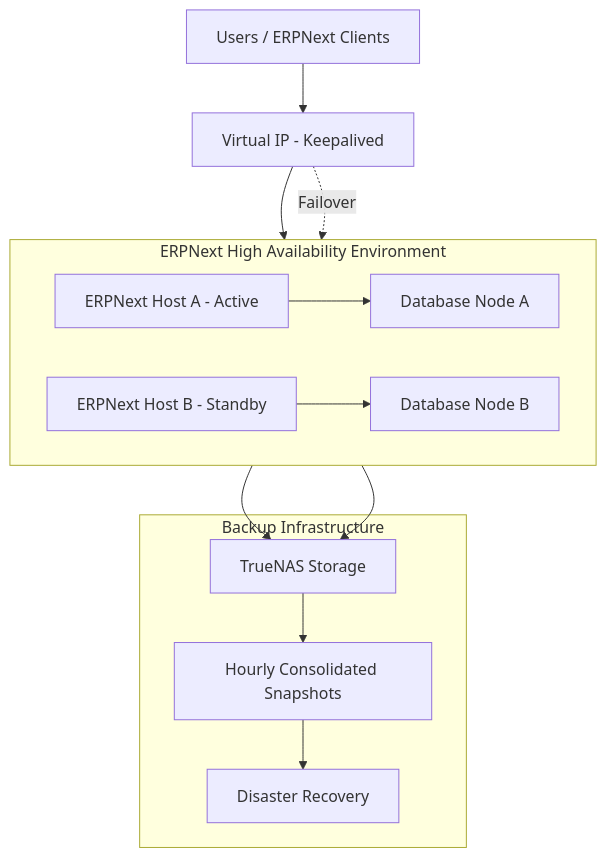
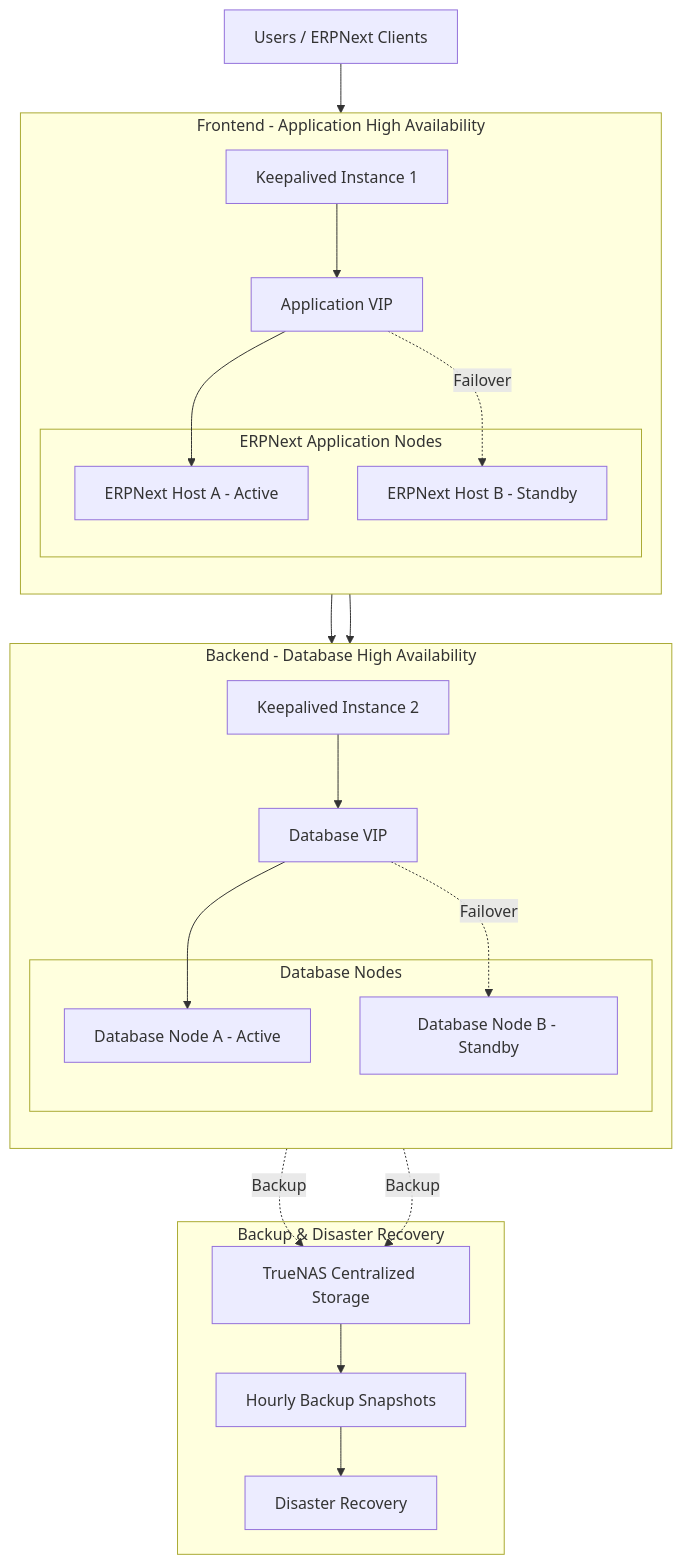
The second of 2 diagrams in profile/README.md (nextech-systems/.github), drawn with Mermaid before and after one commit. The commit also changed other lines of this file, not shown here.

Commit message:
Refine ERPNext infrastructure details in README
Updated the README to enhance clarity on the ERPNext infrastructure, including separate Virtual IP management for frontend and backend layers. Added details on independent failover mechanisms and improved business impact descriptions.

````diff
--- a/profile/README.md
+++ b/profile/README.md
@@ -210,29 +222,50 @@
 ```mermaid
 flowchart TB
     U[Users / ERPNext Clients]
-    VIP[Virtual IP - Keepalived]
 
-    subgraph CLUSTER[ERPNext High Availability Environment]
-        direction LR
-        N1[ERPNext Host A - Active]
-        N2[ERPNext Host B - Standby]
-        DB1[Database Node A]
-        DB2[Database Node B]
+    subgraph FRONTEND["Frontend - Application High Availability"]
+        direction TB
+        K1["Keepalived Instance 1"]
+        VIP1["Application VIP"]
+
+        subgraph APP["ERPNext Application Nodes"]
+            N1["ERPNext Host A - Active"]
+            N2["ERPNext Host B - Standby"]
+        end
+
+        K1 --> VIP1
+        VIP1 --> N1
+        VIP1 -. Failover .-> N2
     end
 
-    subgraph BACKUP[Backup Infrastructure]
-        TN[TrueNAS Storage]
-        SNAP[Hourly Consolidated Snapshots]
-        DR[Disaster Recovery]
+    subgraph BACKEND["Backend - Database High Availability"]
+        direction TB
+        K2["Keepalived Instance 2"]
+        VIP2["Database VIP"]
+
+        subgraph DB["Database Nodes"]
+            DB1["Database Node A - Active"]
+            DB2["Database Node B - Standby"]
+        end
+
+        K2 --> VIP2
+        VIP2 --> DB1
+        VIP2 -. Failover .-> DB2
     end
 
-    U --> VIP
-    VIP --> N1
-    VIP -. Failover .-> N2
-    N1 --> DB1
-    N2 --> DB2
-    DB1 --> TN
-    DB2 --> TN
-    TN --> SNAP
-    SNAP --> DR
+    U --> VIP1
+    N1 --> VIP2
+    N2 --> VIP2
+
+    subgraph BACKUP["Backup & Disaster Recovery"]
+        TN["TrueNAS Centralized Storage"]
+        SNAP["Hourly Backup Snapshots"]
+        DR["Disaster Recovery"]
+
+        TN --> SNAP
+        SNAP --> DR
+    end
+
+    DB1 -. Backup .-> TN
+    DB2 -. Backup .-> TN
 ```
````
